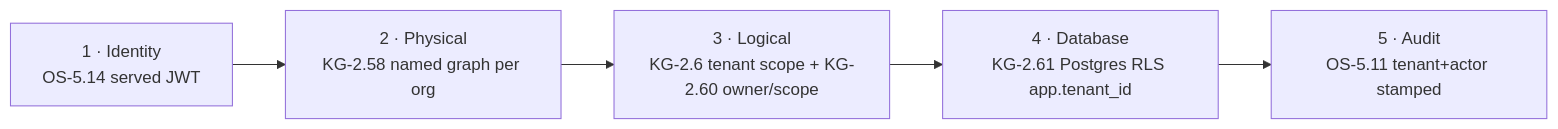
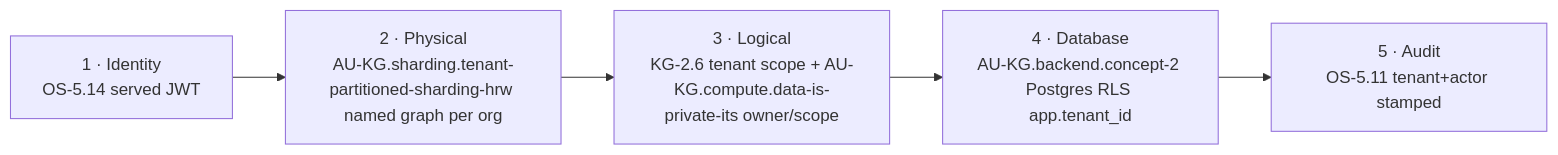
Before and after one commit to Knuckles-Team/agent-utilities: the second of 3 diagrams in docs/architecture/multi_tenant_streamable_http.md, drawn with Mermaid. The commit also changed other lines of this file and 2324 other files, not shown here.

````diff
--- a/docs/architecture/multi_tenant_streamable_http.md
+++ b/docs/architecture/multi_tenant_streamable_http.md
@@ -44,7 +44,7 @@
 ```mermaid
 flowchart LR
-    A["1 · Identity<br/>OS-5.14 served JWT"] --> B["2 · Physical<br/>KG-2.58 named graph per org"]
-    B --> C["3 · Logical<br/>KG-2.6 tenant scope + KG-2.60 owner/scope"]
-    C --> D["4 · Database<br/>KG-2.61 Postgres RLS app.tenant_id"]
+    A["1 · Identity<br/>OS-5.14 served JWT"] --> B["2 · Physical<br/>AU-KG.sharding.tenant-partitioned-sharding-hrw named graph per org"]
+    B --> C["3 · Logical<br/>KG-2.6 tenant scope + AU-KG.compute.data-is-private-its owner/scope"]
+    C --> D["4 · Database<br/>AU-KG.backend.concept-2 Postgres RLS app.tenant_id"]
     D --> E["5 · Audit<br/>OS-5.11 tenant+actor stamped"]
 ```
````
